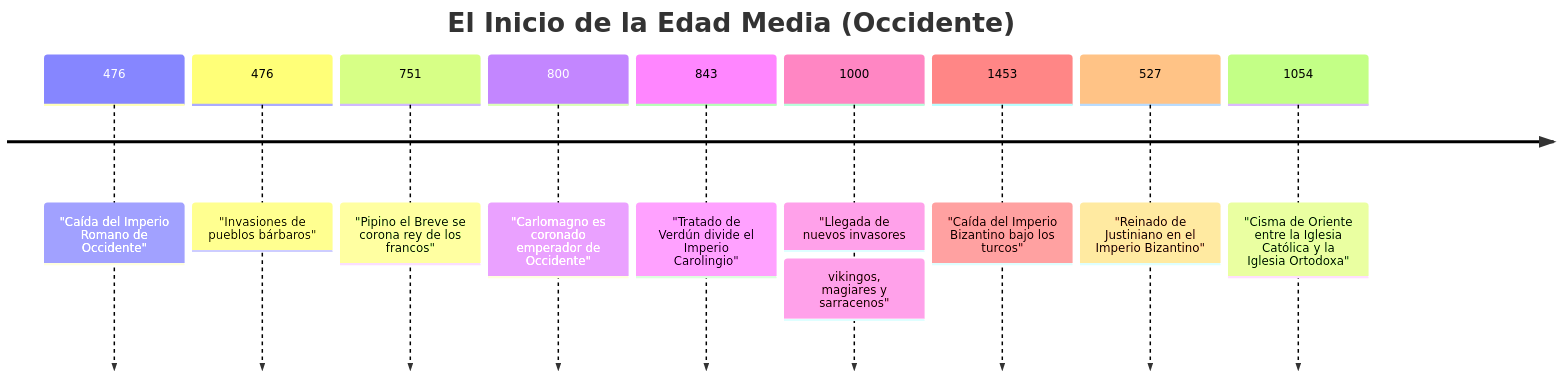
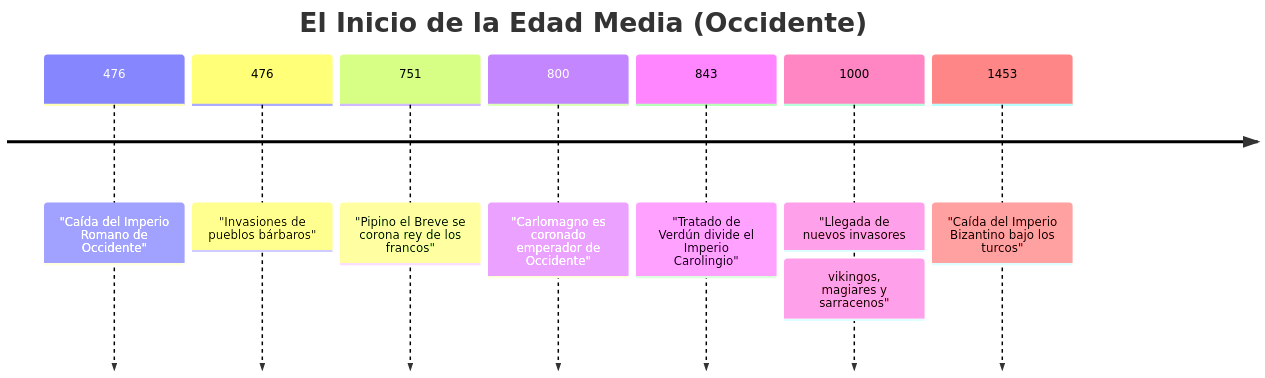
Before and after one commit to ajab138/ESO_Segundo: the first of 2 diagrams in historia/Tema1. Inicio Edad Media.md, drawn with Mermaid.

Commit message:
Update Tema1. Inicio Edad Media.md

````diff
--- a/historia/Tema1. Inicio Edad Media.md
+++ b/historia/Tema1. Inicio Edad Media.md
@@ -2,13 +2,11 @@
 ```mermaid
 timeline
     title El Inicio de la Edad Media (Occidente)
     476 : "Caída del Imperio Romano de Occidente"
     476 : "Invasiones de pueblos bárbaros"
     751 : "Pipino el Breve se corona rey de los francos"
     800 : "Carlomagno es coronado emperador de Occidente"
     843 : "Tratado de Verdún divide el Imperio Carolingio"
     1000 : "Llegada de nuevos invasores: vikingos, magiares y sarracenos"
     1453 : "Caída del Imperio Bizantino bajo los turcos"
-    527 : "Reinado de Justiniano en el Imperio Bizantino"
-    1054 : "Cisma de Oriente entre la Iglesia Católica y la Iglesia Ortodoxa"
 ```
````
